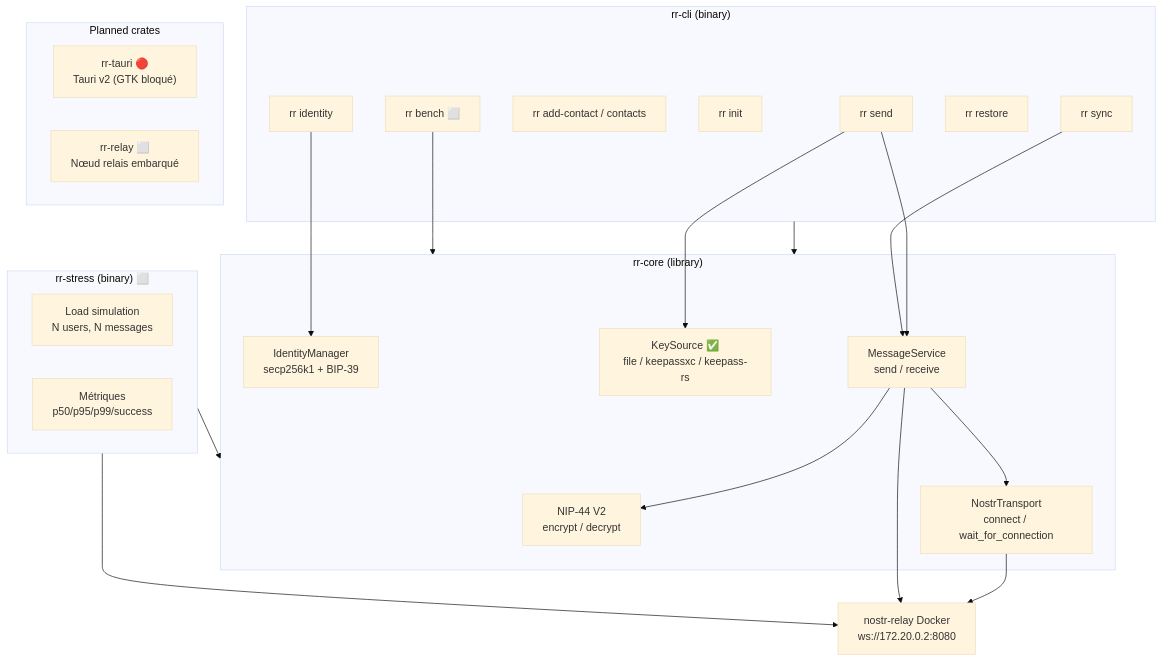
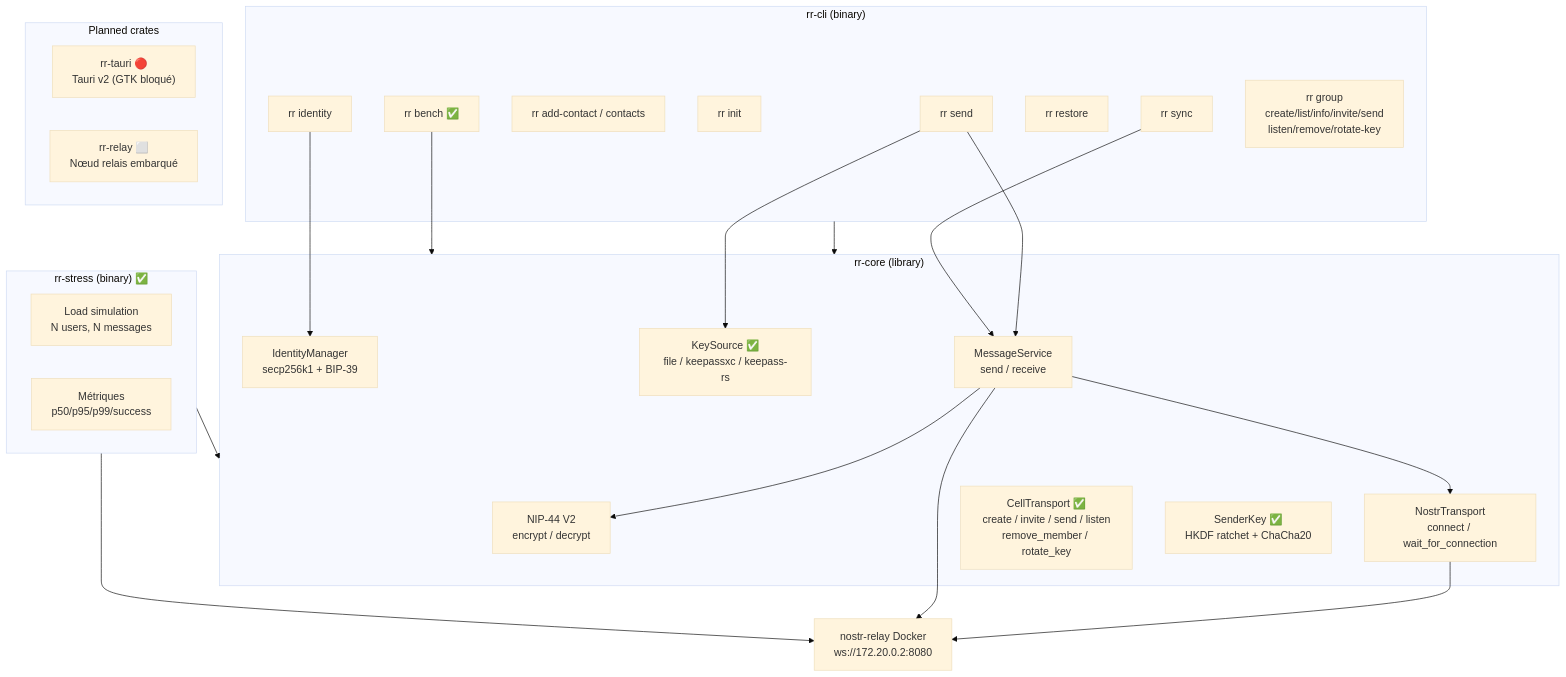
The first of 13 diagrams in docs/ARCHITECTURE.md (giak/reseau-racine), drawn with Mermaid (base theme) before and after one commit. The commit also changed other lines of this file and 2 other files, not shown here.

Commit message:
docs: sync README, GUIDE, ARCHITECTURE for EPIC 2+5

````diff
--- a/docs/ARCHITECTURE.md
+++ b/docs/ARCHITECTURE.md
@@ -20,43 +20,46 @@
 ```mermaid
 graph TB
     subgraph CLI["rr-cli (binary)"]
         INIT["rr init"]
         IDENTITY["rr identity"]
         CONTACTS["rr add-contact / contacts"]
         SEND["rr send"]
         SYNC["rr sync"]
         RESTORE["rr restore"]
-        BENCH["rr bench ⬜"]
+        BENCH["rr bench ✅"]
+        GROUP["rr group<br/>create/list/info/invite/send<br/>listen/remove/rotate-key"]
     end
 
     subgraph CORE["rr-core (library)"]
         CRYPTO["NIP-44 V2<br/>encrypt / decrypt"]
         ID["IdentityManager<br/>secp256k1 + BIP-39"]
         MSG["MessageService<br/>send / receive"]
         TRANS["NostrTransport<br/>connect / wait_for_connection"]
         KEYSTORE["KeySource ✅<br/>file / keepassxc / keepass-rs"]
+        CELL["CellTransport ✅<br/>create / invite / send / listen<br/>remove_member / rotate_key"]
+        SK["SenderKey ✅<br/>HKDF ratchet + ChaCha20"]
     end
 
-    subgraph STRESS["rr-stress (binary) ⬜"]
+    subgraph STRESS["rr-stress (binary) ✅"]
         LOAD["Load simulation<br/>N users, N messages"]
         METRICS["Métriques<br/>p50/p95/p99/success"]
     end
 
     subgraph FUTURE["Planned crates"]
         TAURI["rr-tauri 🔴<br/>Tauri v2 (GTK bloqué)"]
         RELAY_NODE["rr-relay ⬜<br/>Nœud relais embarqué"]
     end
 
     SEND --> MSG
     SYNC --> MSG
     MSG --> CRYPTO
     MSG --> TRANS
     SEND --> KEYSTORE
     IDENTITY --> ID
     CLI --> CORE
     BENCH --> CORE
     STRESS --> CORE
     STRESS --> DOCKER_RELAY
     TRANS --> DOCKER_RELAY["nostr-relay Docker<br/>ws://172.20.0.2:8080"]
     MSG --> DOCKER_RELAY
 ```
````
